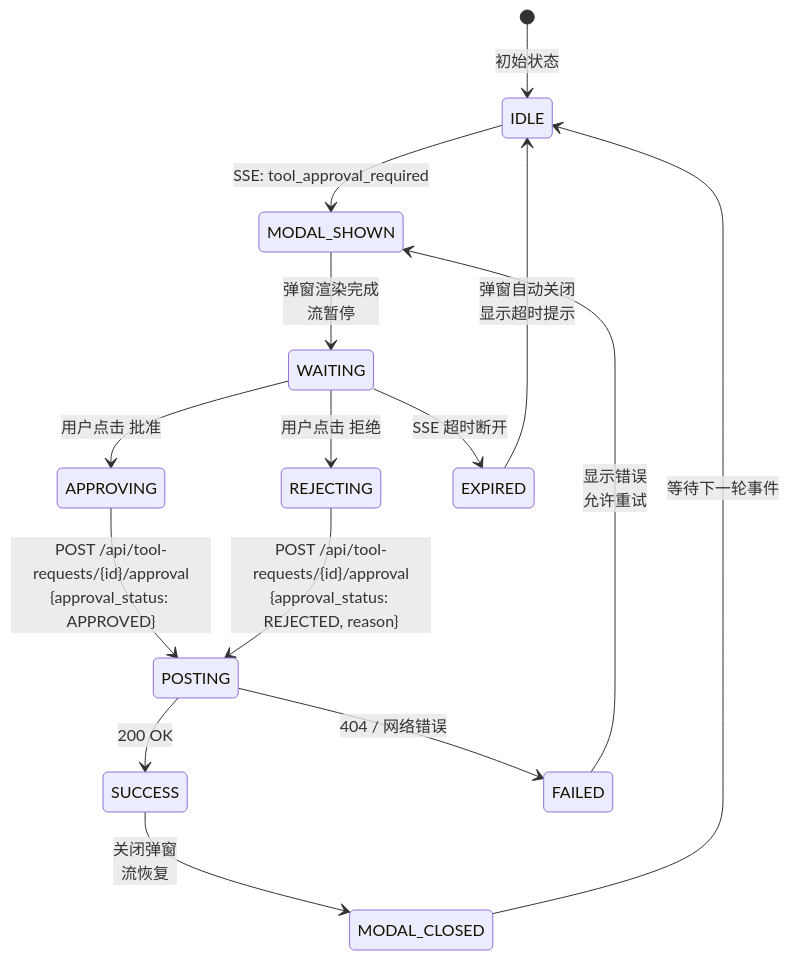
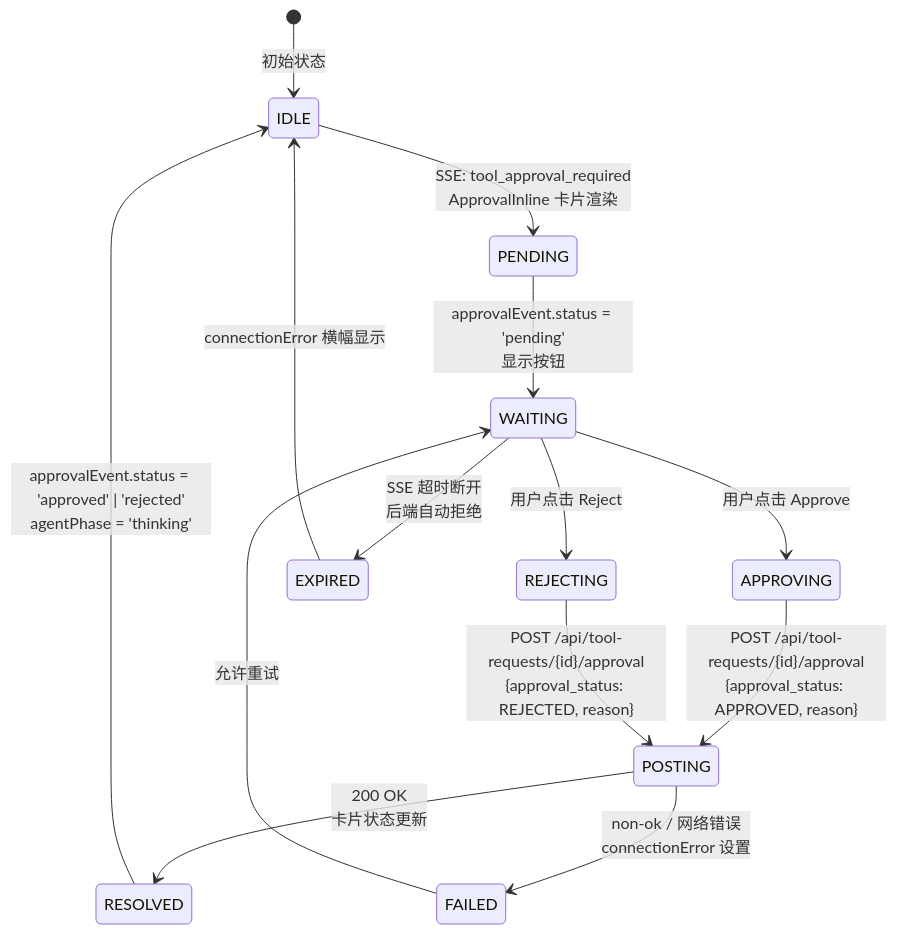
One commit to nazzeDe/alascup-agent changed the third of 6 diagrams in frontend/graph.md. Above: the diagram before and after it, drawn with Mermaid. The commit also changed other lines of this file and 24 other files, not shown here.

````diff
--- a/frontend/graph.md
+++ b/frontend/graph.md
@@ -183,24 +180,23 @@
 ```mermaid
 stateDiagram-v2
     [*] --> IDLE: 初始状态
 
-    IDLE --> MODAL_SHOWN: SSE: tool_approval_required
-    MODAL_SHOWN --> WAITING: 弹窗渲染完成<br/>流暂停
+    IDLE --> PENDING: SSE: tool_approval_required<br/>ApprovalInline 卡片渲染
+    PENDING --> WAITING: approvalEvent.status = 'pending'<br/>显示按钮
 
-    WAITING --> APPROVING: 用户点击 批准
-    WAITING --> REJECTING: 用户点击 拒绝
+    WAITING --> APPROVING: 用户点击 Approve
+    WAITING --> REJECTING: 用户点击 Reject
 
-    APPROVING --> POSTING: POST /api/tool-requests/{id}/approval<br/>{approval_status: APPROVED}
+    APPROVING --> POSTING: POST /api/tool-requests/{id}/approval<br/>{approval_status: APPROVED, reason}
     REJECTING --> POSTING: POST /api/tool-requests/{id}/approval<br/>{approval_status: REJECTED, reason}
 
-    POSTING --> SUCCESS: 200 OK
-    POSTING --> FAILED: 404 / 网络错误
+    POSTING --> RESOLVED: 200 OK<br/>卡片状态更新
+    POSTING --> FAILED: non-ok / 网络错误<br/>connectionError 设置
 
-    SUCCESS --> MODAL_CLOSED: 关闭弹窗<br/>流恢复
-    FAILED --> MODAL_SHOWN: 显示错误<br/>允许重试
+    RESOLVED --> IDLE: approvalEvent.status = 'approved' | 'rejected'<br/>agentPhase = 'thinking'
 
-    MODAL_CLOSED --> IDLE: 等待下一轮事件
+    WAITING --> EXPIRED: SSE 超时断开<br/>后端自动拒绝
+    EXPIRED --> IDLE: connectionError 横幅显示
 
-    WAITING --> EXPIRED: SSE 超时断开
-    EXPIRED --> IDLE: 弹窗自动关闭<br/>显示超时提示
+    FAILED --> WAITING: 允许重试
 ```
````
